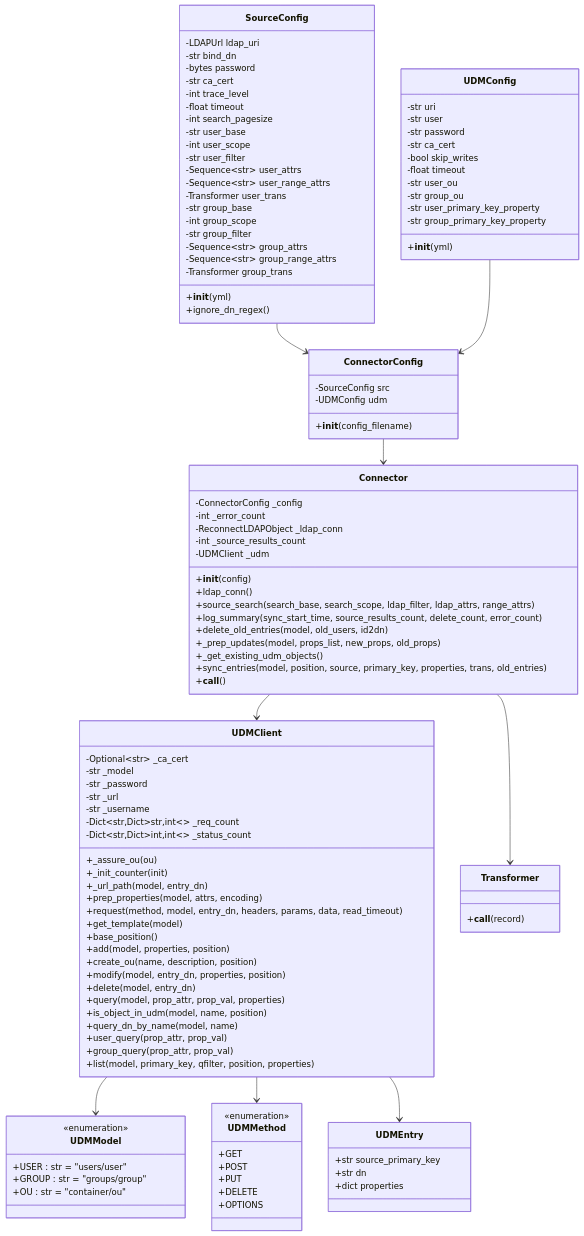
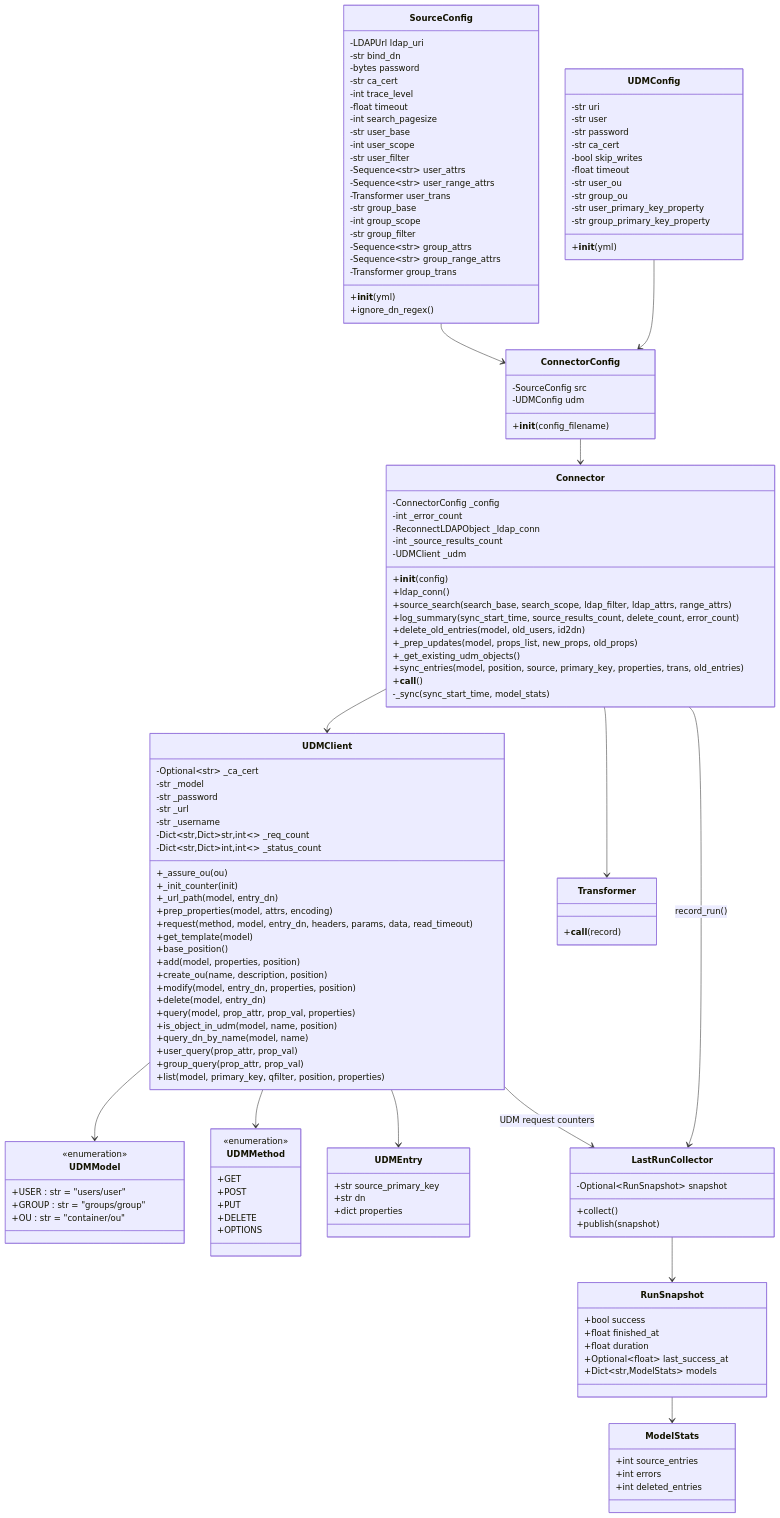
Before and after one commit to univention/nubus-directory-importer: the diagram in docs/current_state_uml_class_diagram.md, drawn with Mermaid.

Commit message:
docs: add metrics module to the current state class diagram
Show the collector publishing the last run snapshot and how the
connector and the UDM client feed the metrics.

Issue univention/dev/projects/directory-importer#18

```diff
--- a/docs/current_state_uml_class_diagram.md
+++ b/docs/current_state_uml_class_diagram.md
@@ -11,6 +11,10 @@
     UDMClient --> UDMEntry
     Connector --> UDMClient
     Connector --> Transformer
+    Connector --> LastRunCollector : record_run()
+    UDMClient --> LastRunCollector : UDM request counters
+    LastRunCollector --> RunSnapshot
+    RunSnapshot --> ModelStats
 
     class SourceConfig {
         -LDAPUrl ldap_uri
@@ -71,6 +75,28 @@
         +_get_existing_udm_objects()
         +sync_entries(model, position, source, primary_key, properties, trans, old_entries)
         +__call__()
+        -_sync(sync_start_time, model_stats)
+    }
+
+    %% module univention.directory_importer.metrics, see README "Monitoring"
+    class LastRunCollector {
+        -Optional~RunSnapshot~ snapshot
+        +collect()
+        +publish(snapshot)
+    }
+
+    class RunSnapshot {
+        +bool success
+        +float finished_at
+        +float duration
+        +Optional~float~ last_success_at
+        +Dict~str,ModelStats~ models
+    }
+
+    class ModelStats {
+        +int source_entries
+        +int errors
+        +int deleted_entries
     }
 
     class Transformer {
```
